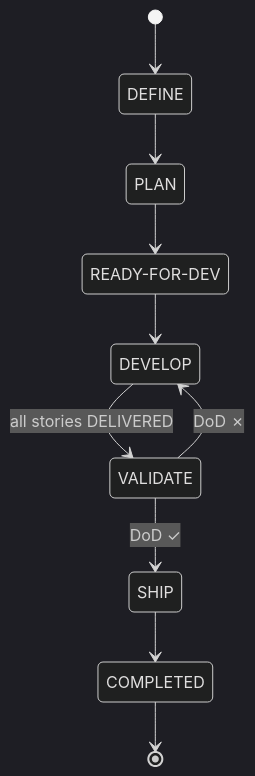
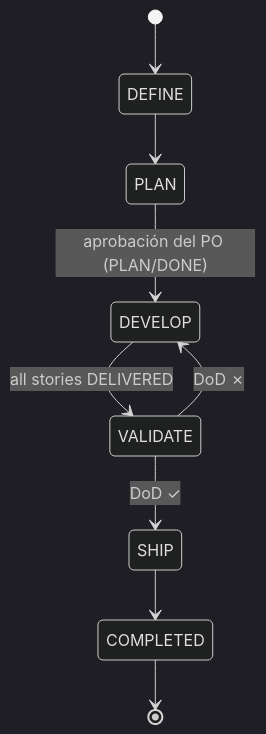
One commit to dariopalminio/agile-sddf changed the diagram in docs/domains/domain-epic-lifecycle.md. Above: the diagram before and after it, drawn with Mermaid (dark theme). The commit also changed other lines of this file and 16 other files, not shown here.

````diff
--- a/docs/domains/domain-epic-lifecycle.md
+++ b/docs/domains/domain-epic-lifecycle.md
@@ -83,14 +84,11 @@
 ```mermaid
 stateDiagram-v2
     [*] --> DEFINE
     DEFINE --> PLAN
-    PLAN --> RFD
-    RFD --> DEVELOP
+    PLAN --> DEVELOP : aprobación del PO (PLAN/DONE)
     DEVELOP --> VALIDATE : all stories DELIVERED
     VALIDATE --> SHIP : DoD ✓
     VALIDATE --> DEVELOP : DoD ✗
     SHIP --> COMPLETED
     COMPLETED --> [*]
-
-    state "READY-FOR-DEV" as RFD
 ```
````
